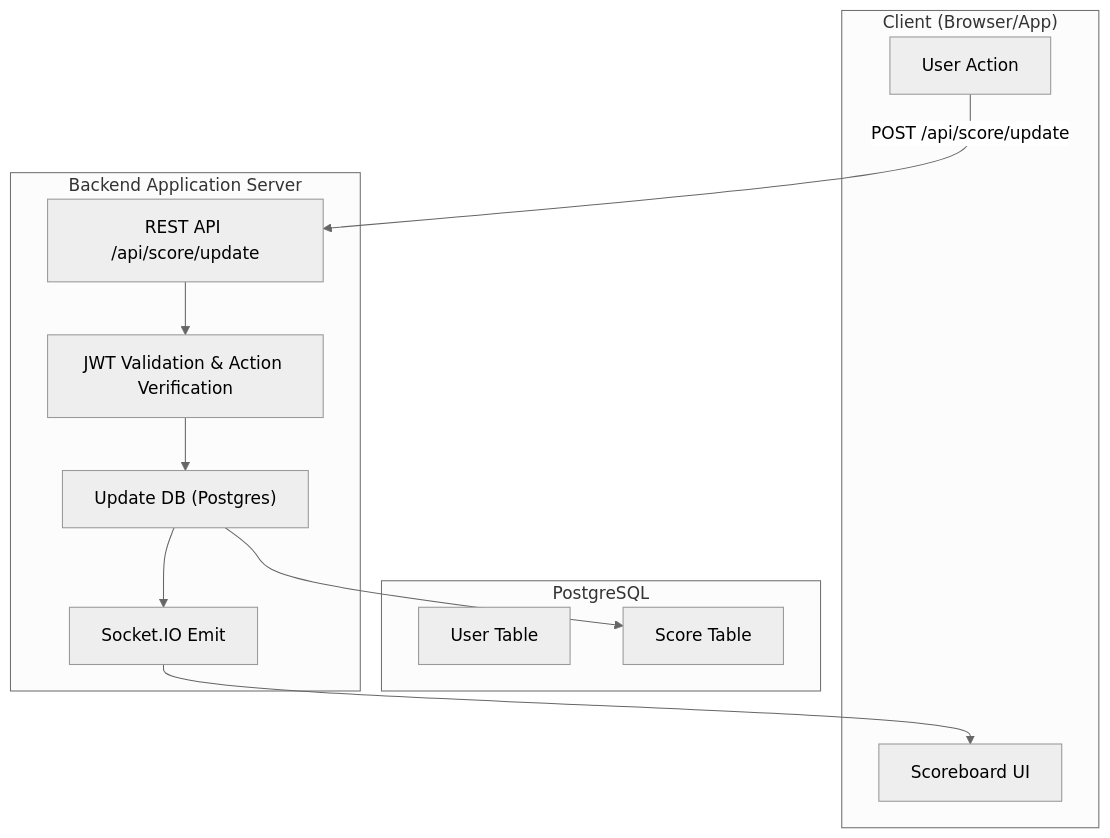
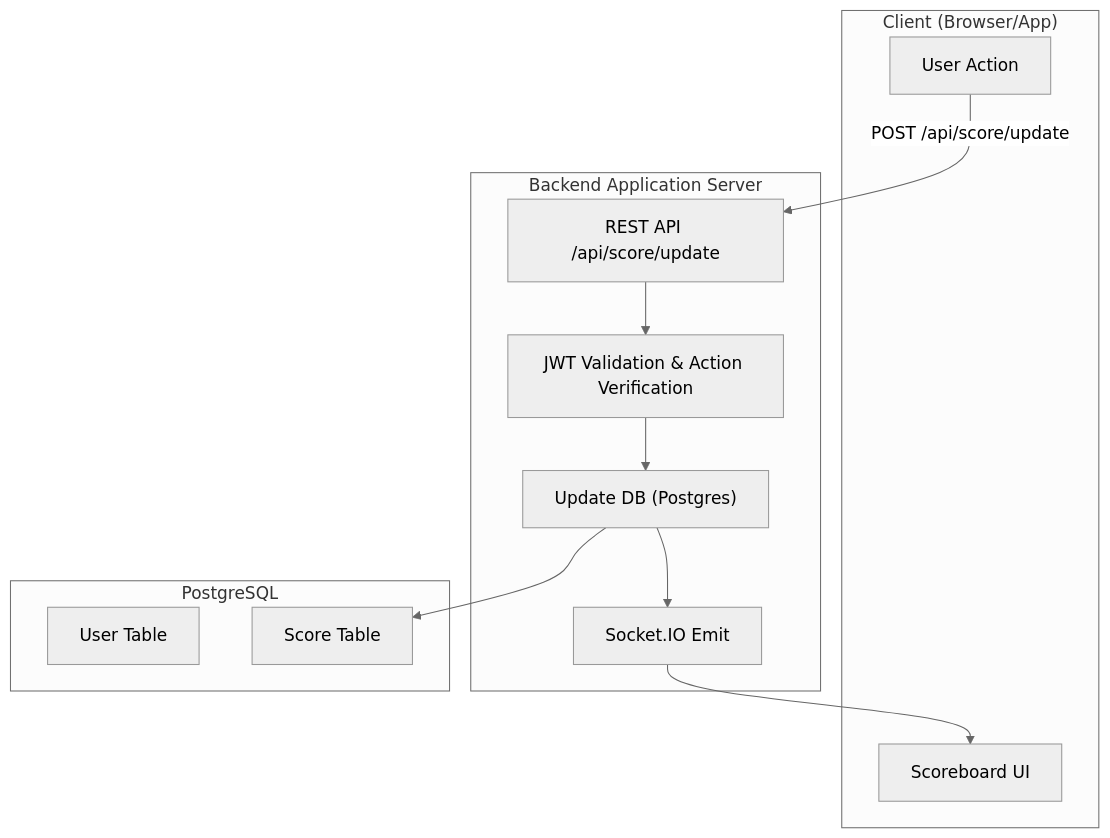
Before and after one commit to lvhoanthanh/react-login: the diagram in backend/readme.md, drawn with Mermaid (neutral theme).

````diff
--- a/backend/readme.md
+++ b/backend/readme.md
@@ -185,26 +185,25 @@
 ```mermaid
 flowchart TB
-
-    subgraph DB["PostgreSQL"]
-        D1["User Table"]
-        D2["Score Table"]
-    end
-
 
     subgraph Client["Client (Browser/App)"]
         A1["User Action"]
         A2["Scoreboard UI"]
     end
 
     subgraph Backend["Backend Application Server"]
         B1["REST API /api/score/update"]
         B2["JWT Validation & Action Verification"]
         B3["Update DB (Postgres)"]
         B4["Socket.IO Emit"]
     end
 
+    subgraph DB["PostgreSQL"]
+        D1["User Table"]
+        D2["Score Table"]
+    end
+
     %% Flow
     A1 -->|POST /api/score/update| B1
     B1 --> B2 --> B3 --> D2
     B3 --> B4 --> A2
 ```
````
